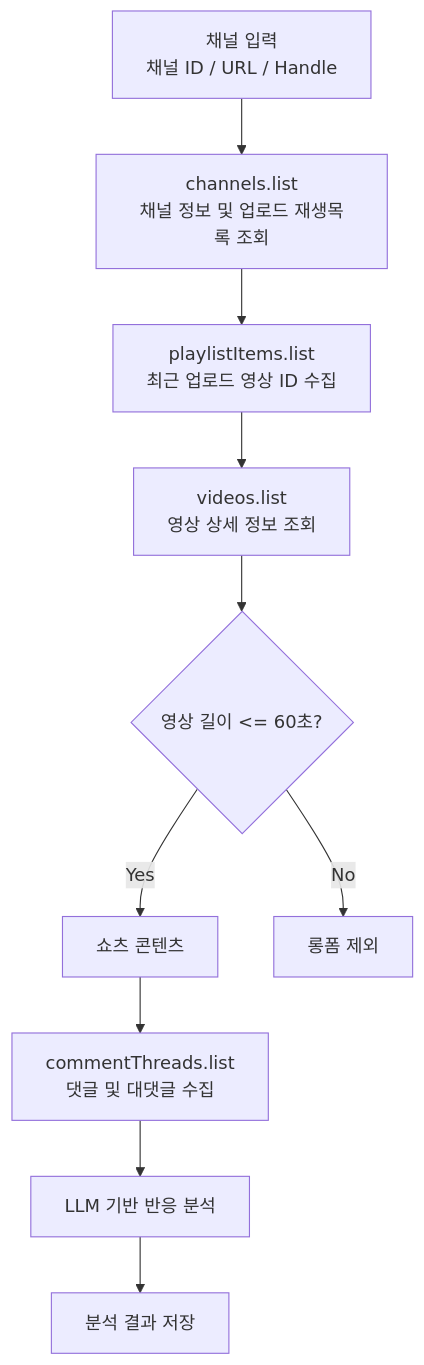
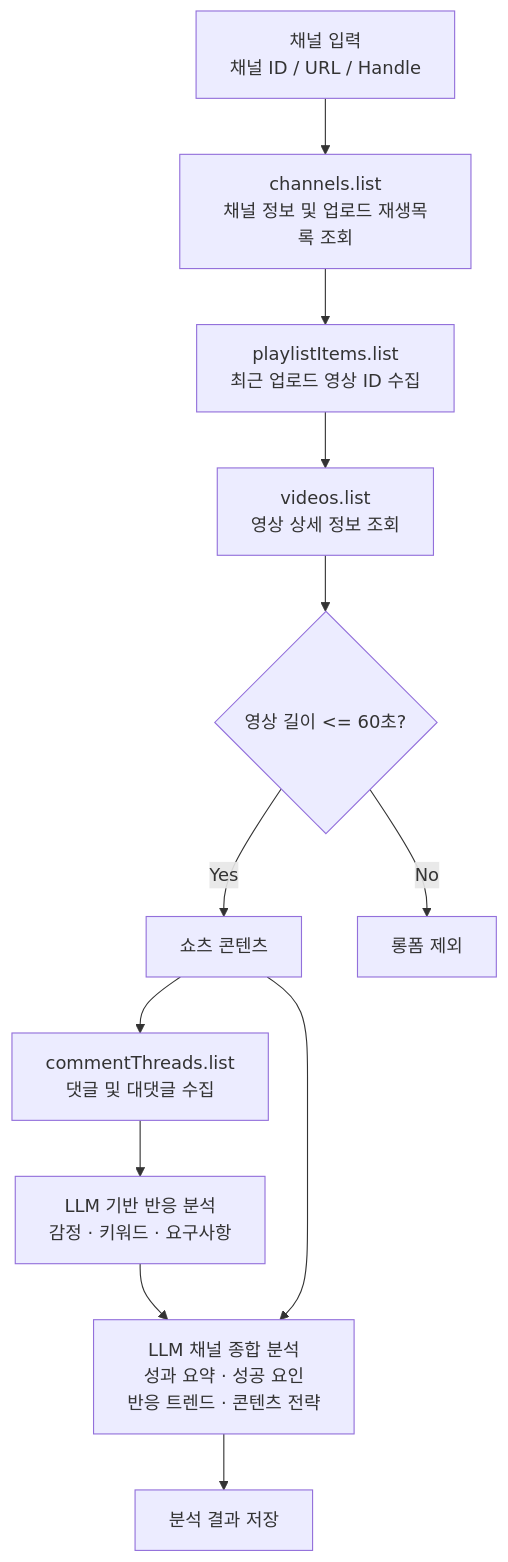
The second of 3 diagrams in README.md (yejo0it/youtube-shorts-agent), drawn with Mermaid before and after one commit. The commit also changed other lines of this file and 19 other files, not shown here.

````diff
--- a/README.md
+++ b/README.md
@@ -44,28 +46,31 @@
 ```mermaid
 flowchart TD
     A["채널 입력<br/>채널 ID / URL / Handle"]
     B["channels.list<br/>채널 정보 및 업로드 재생목록 조회"]
     C["playlistItems.list<br/>최근 업로드 영상 ID 수집"]
     D["videos.list<br/>영상 상세 정보 조회"]
 
     E{"영상 길이 <= 60초?"}
 
     F["쇼츠 콘텐츠"]
     G["롱폼 제외"]
 
     H["commentThreads.list<br/>댓글 및 대댓글 수집"]
-    I["LLM 기반 반응 분석"]
+    I["LLM 기반 반응 분석<br/>감정 · 키워드 · 요구사항"]
+    K["LLM 채널 종합 분석<br/>성과 요약 · 성공 요인<br/>반응 트렌드 · 콘텐츠 전략"]
     J["분석 결과 저장"]
 
     A --> B
     B --> C
     C --> D
     D --> E
 
     E -->|Yes| F
     E -->|No| G
 
     F --> H
     H --> I
-    I --> J
+    I --> K
+    F --> K
+    K --> J
 ```
````
